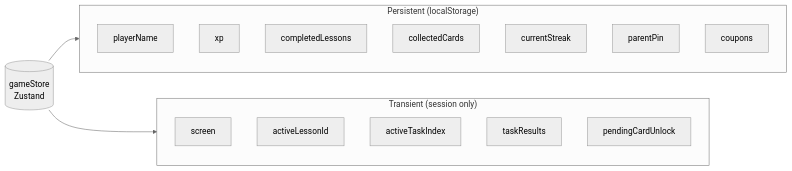
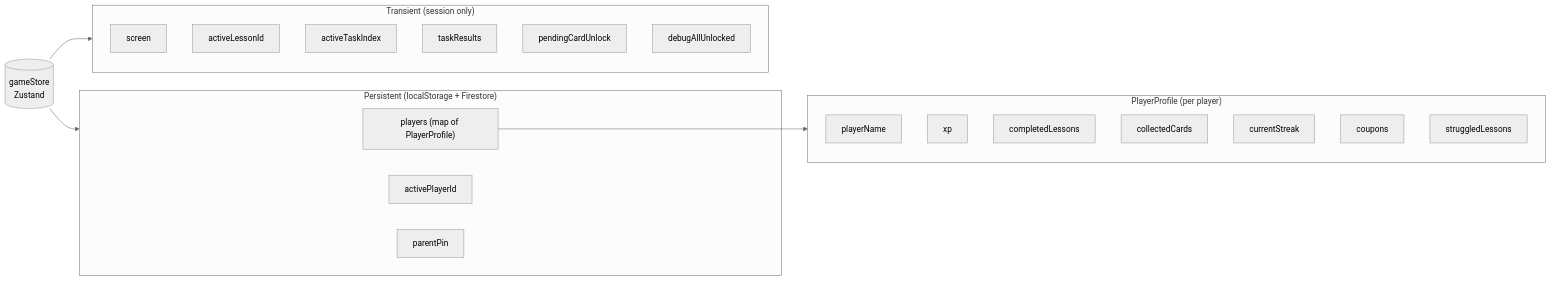
Before and after one commit to RandixGit/DeutschForJay: the fourth of 7 diagrams in docs/architecture.md, drawn with Mermaid (neutral theme). The commit also changed other lines of this file and 1 other file, not shown here.

First line of the commit message:
Update README and architecture docs to reflect recent changes

````diff
--- a/docs/architecture.md
+++ b/docs/architecture.md
@@ -87,23 +93,31 @@
 ```mermaid
 flowchart LR
-    subgraph Persistent["Persistent (localStorage)"]
+    subgraph Persistent["Persistent (localStorage + Firestore)"]
+        players["players (map of PlayerProfile)"]
+        activePlayerId
+        parentPin
+    end
+
+    subgraph PlayerProfile["PlayerProfile (per player)"]
         playerName
         xp
         completedLessons
         collectedCards
         currentStreak
-        parentPin
         coupons
+        struggledLessons
     end
 
     subgraph Transient["Transient (session only)"]
         screen
         activeLessonId
         activeTaskIndex
         taskResults
         pendingCardUnlock
+        debugAllUnlocked
     end
 
     Store[("gameStore<br/>Zustand")] --> Persistent
     Store --> Transient
+    players --> PlayerProfile
 ```
````
